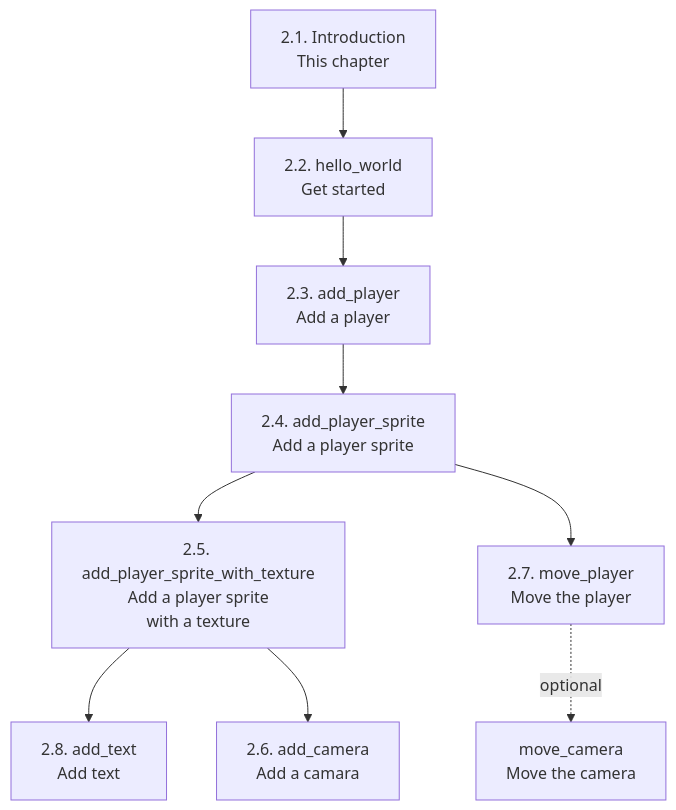
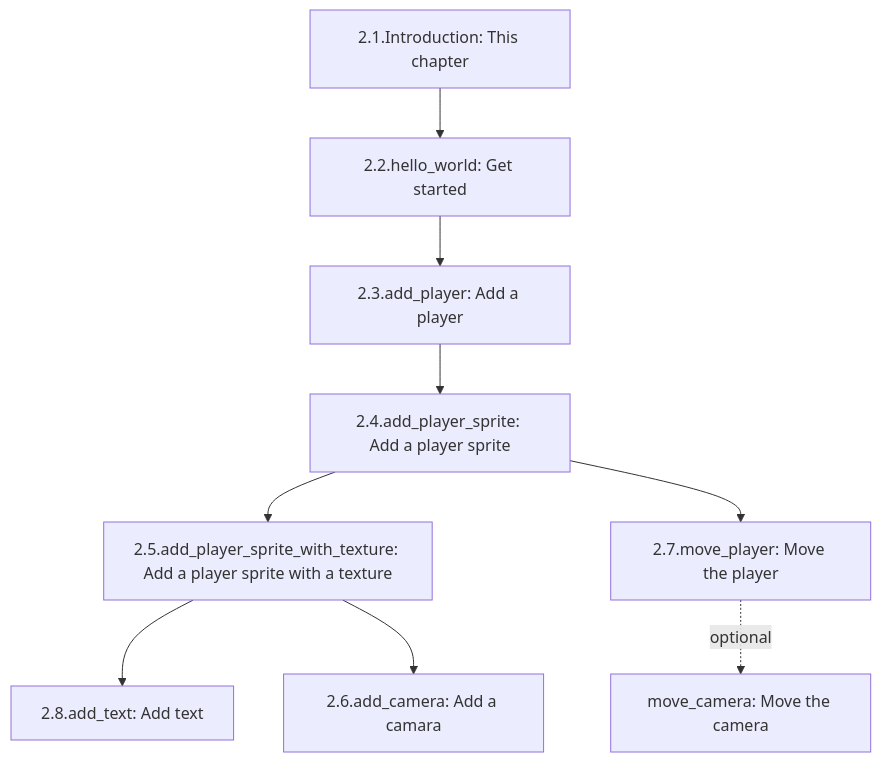
The diagram in docs/misc/basic_introduction.md (richelbilderbeek/bevy_tdd_book), drawn with Mermaid before and after one commit. The commit also changed 3 other files, not shown here.

Commit message:
Fix diagrams, hanks @TheoPannetier

````diff
--- a/docs/misc/basic_introduction.md
+++ b/docs/misc/basic_introduction.md
@@ -9,21 +9,21 @@
 ```mermaid
 flowchart TD
-  introduction[2.1. Introduction\nThis chapter]
-  hello_world[2.2. hello_world\nGet started]
-  add_player[2.3. add_player\nAdd a player]
-  add_player_sprite[2.4. add_player_sprite\nAdd a player sprite]
-  add_player_sprite_with_texture[2.5. add_player_sprite_with_texture\nAdd a player sprite\nwith a texture]
-  add_camera[2.6. add_camera\nAdd a camara]
-  move_player[2.7. move_player\nMove the player]
-  add_text[2.8. add_text\nAdd text]
-  move_camera[move_camera\nMove the camera]
+  introduction[2.1.Introduction: This chapter]
+  hello_world[2.2.hello_world: Get started]
+  add_player[2.3.add_player: Add a player]
+  add_player_sprite[2.4.add_player_sprite: Add a player sprite]
+  add_player_sprite_with_texture[2.5.add_player_sprite_with_texture: Add a player sprite with a texture]
+  add_camera[2.6.add_camera: Add a camara]
+  move_player[2.7.move_player: Move the player]
+  add_text[2.8.add_text: Add text]
+  move_camera[move_camera: Move the camera]
 
   introduction --> hello_world
   hello_world --> add_player
   add_player --> add_player_sprite
   add_player_sprite --> add_player_sprite_with_texture
   add_player_sprite_with_texture --> add_text
   add_player_sprite_with_texture --> add_camera
   add_player_sprite --> move_player
   move_player -.-> |optional| move_camera
 ```
````
